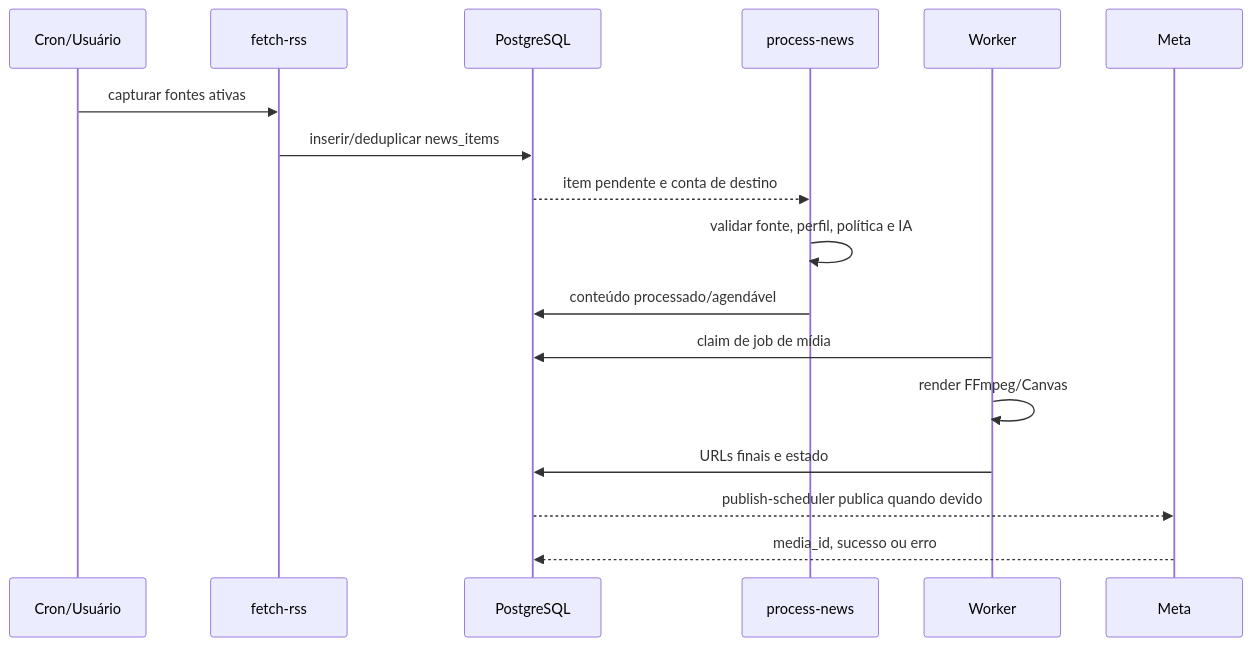
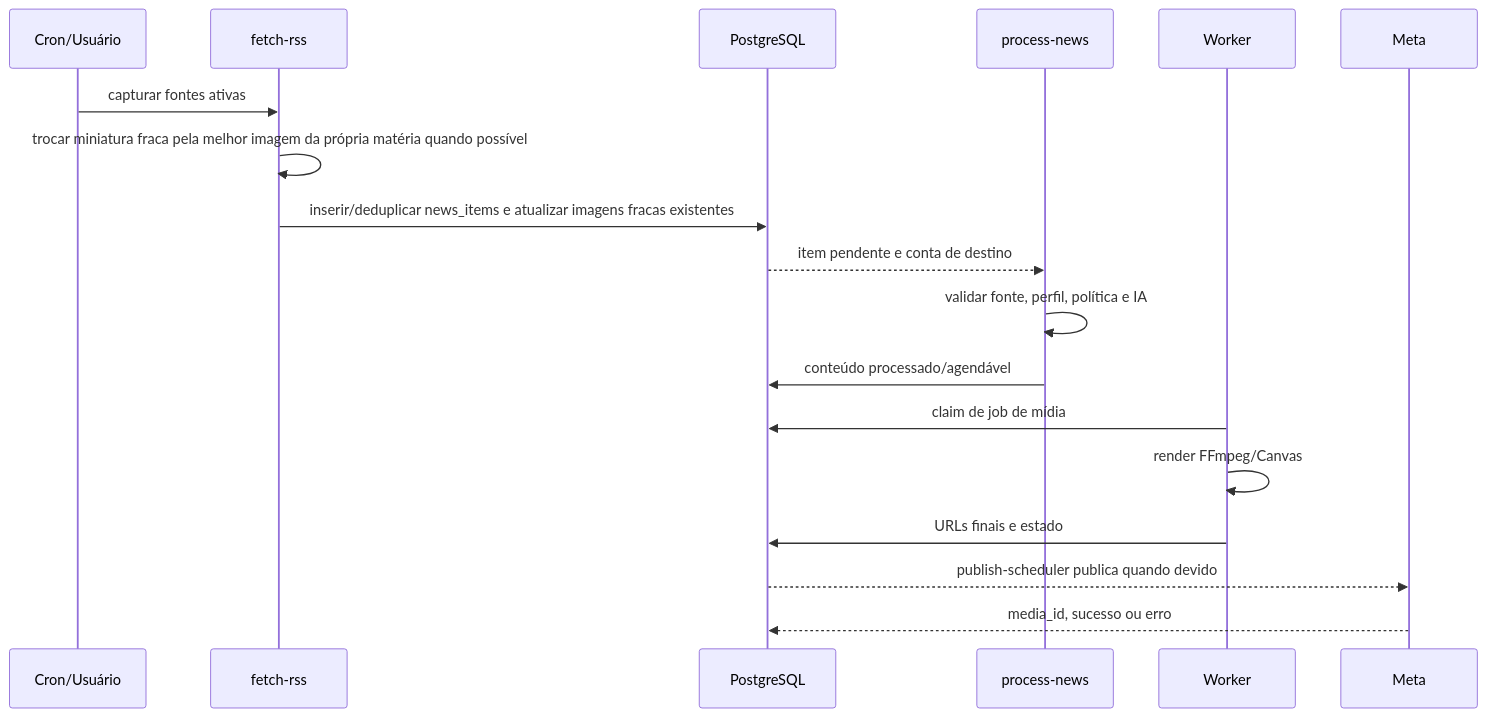
The second of 3 diagrams in ARCHITECTURE.md (franciscocastro-svg/feed-bot-ai), drawn with Mermaid before and after one commit. The commit also changed other lines of this file and 14 other files, not shown here.

````diff
--- a/ARCHITECTURE.md
+++ b/ARCHITECTURE.md
@@ -141,20 +142,21 @@
 ```mermaid
 sequenceDiagram
     participant C as Cron/Usuário
     participant F as fetch-rss
     participant D as PostgreSQL
     participant P as process-news
     participant W as Worker
     participant M as Meta
 
     C->>F: capturar fontes ativas
-    F->>D: inserir/deduplicar news_items
+    F->>F: trocar miniatura fraca pela melhor imagem da própria matéria quando possível
+    F->>D: inserir/deduplicar news_items e atualizar imagens fracas existentes
     D-->>P: item pendente e conta de destino
     P->>P: validar fonte, perfil, política e IA
     P->>D: conteúdo processado/agendável
     W->>D: claim de job de mídia
     W->>W: render FFmpeg/Canvas
     W->>D: URLs finais e estado
     D-->>M: publish-scheduler publica quando devido
     M-->>D: media_id, sucesso ou erro
 ```
````
